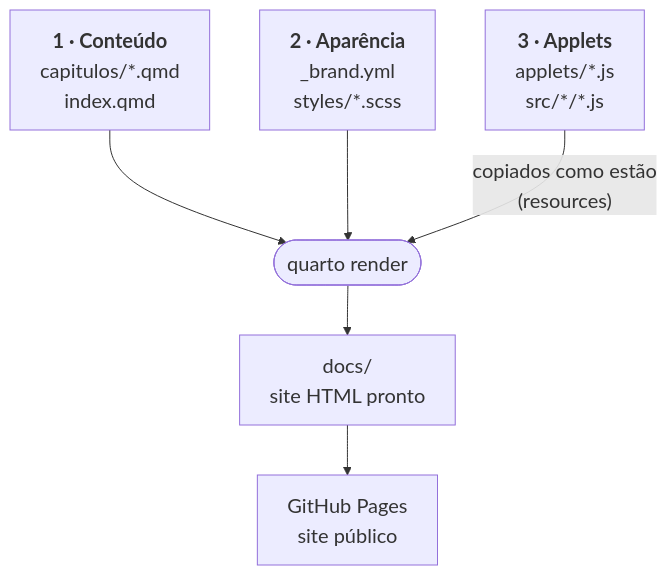
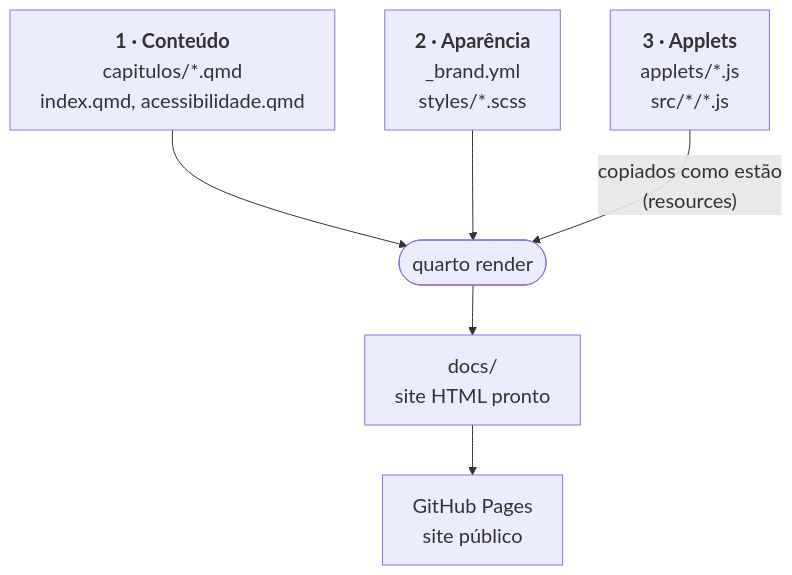
One commit to lcmerlo/livro-online-fcg changed the first of 9 diagrams in _interno/diretrizes/arquitetura.md. Above: the diagram before and after it, drawn with Mermaid. The commit also changed other lines of this file and 5 other files, not shown here.

````diff
--- a/_interno/diretrizes/arquitetura.md
+++ b/_interno/diretrizes/arquitetura.md
@@ -32,14 +32,14 @@
 ```mermaid
 %%{init: {"themeVariables": {"fontSize": "20px"}, "flowchart": {"wrappingWidth": 420}}}%%
 flowchart TD
-    qmd["<b>1 · Conteúdo</b><br/>capitulos/*.qmd<br/>index.qmd"]
+    qmd["<b>1 · Conteúdo</b><br/>capitulos/*.qmd<br/>index.qmd, acessibilidade.qmd"]
     estilo["<b>2 · Aparência</b><br/>_brand.yml<br/>styles/*.scss"]
     src["<b>3 · Applets</b><br/>applets/*.js<br/>src/*/*.js"]
 
     qmd --> render(["quarto render"])
     estilo --> render
     src -->|"copiados como estão<br/>(resources)"| render
 
     render --> docs["docs/<br/>site HTML pronto"]
     docs --> pages["GitHub Pages<br/>site público"]
 ```
````
